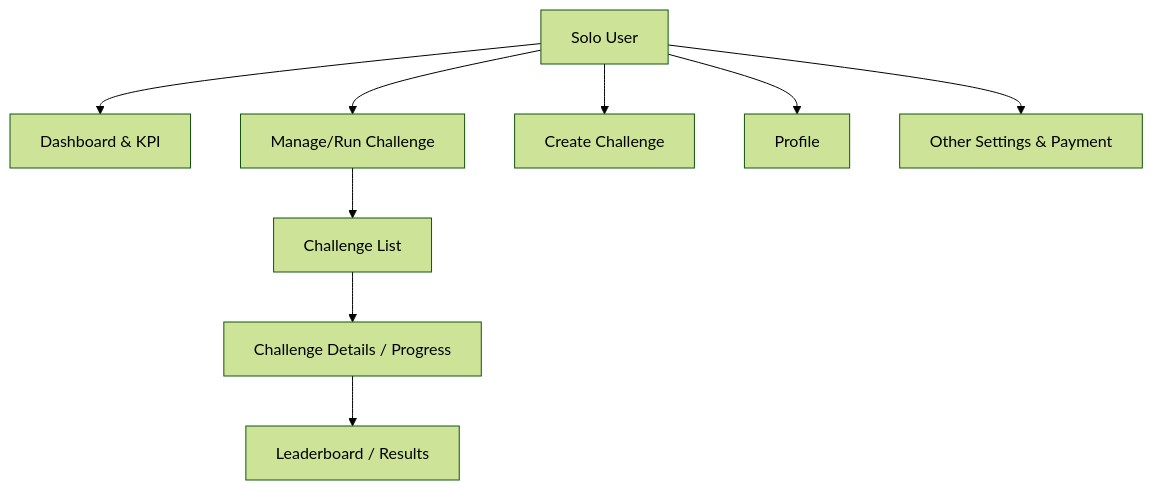
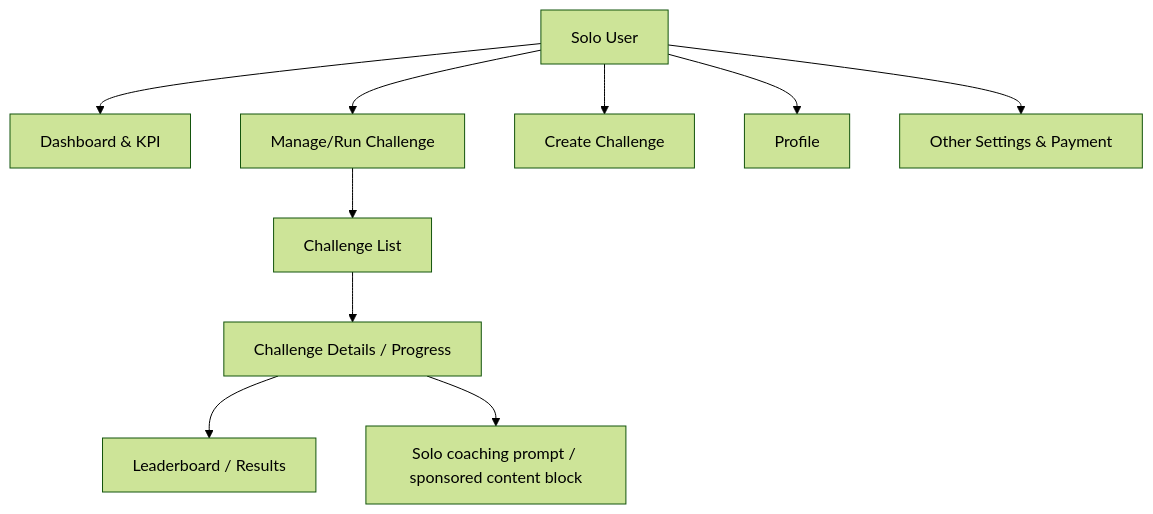
Before and after one commit to jonhazeltine/compass-kpi: the seventh of 8 diagrams in docs/spec/appendix/INTENDED_WIRING_DIAGRAM.md, drawn with Mermaid (forest theme). The commit also changed other lines of this file and 2 other files, not shown here.

Commit message:
Add coaching capability matrix and wiring addendum

````diff
--- a/docs/spec/appendix/INTENDED_WIRING_DIAGRAM.md
+++ b/docs/spec/appendix/INTENDED_WIRING_DIAGRAM.md
@@ -156,12 +198,13 @@
 ```mermaid
 flowchart TD
   S["Solo User"] --> SD["Dashboard & KPI"]
   S --> SC["Manage/Run Challenge"]
   S --> SCP["Create Challenge"]
   S --> SP["Profile"]
   S --> SS["Other Settings & Payment"]
 
   SC --> SCL["Challenge List"]
   SCL --> SCD["Challenge Details / Progress"]
   SCD --> SCB["Leaderboard / Results"]
+  SCD --> SCN["Solo coaching prompt / sponsored content block"]
 ```
````
